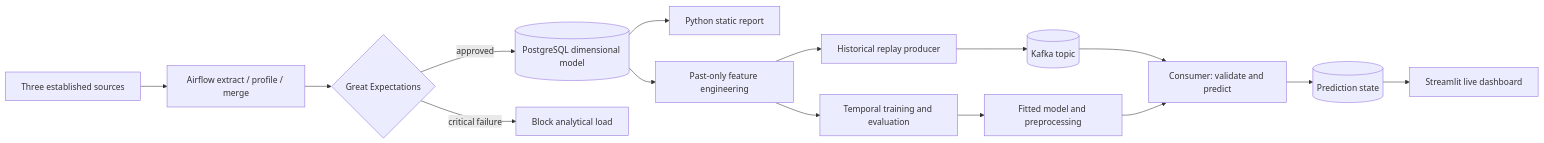
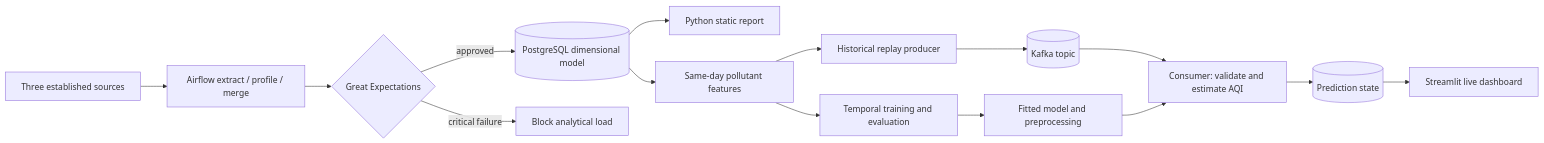
The diagram in docs/entrega_final.md (santbce/etl_proyecto_final_delivery_india), drawn with Mermaid before and after one commit. The commit also changed other lines of this file and 11 other files, not shown here.

First line of the commit message:
Replace next-day forecast with same-day AQI estimation model

````diff
--- a/docs/entrega_final.md
+++ b/docs/entrega_final.md
@@ -25,17 +25,17 @@
 ```mermaid
 flowchart LR
   A[Three established sources] --> E[Airflow extract / profile / merge]
   E --> Q{Great Expectations}
   Q -->|approved| D[(PostgreSQL dimensional model)]
   Q -->|critical failure| X[Block analytical load]
   D --> R[Python static report]
-  D --> F[Past-only feature engineering]
+  D --> F[Same-day pollutant features]
   F --> T[Temporal training and evaluation]
   T --> M[Fitted model and preprocessing]
   F --> P[Historical replay producer]
   P --> K[(Kafka topic)]
-  K --> C[Consumer: validate and predict]
+  K --> C[Consumer: validate and estimate AQI]
   M --> C
   C --> S[(Prediction state)]
   S --> V[Streamlit live dashboard]
 ```
````
